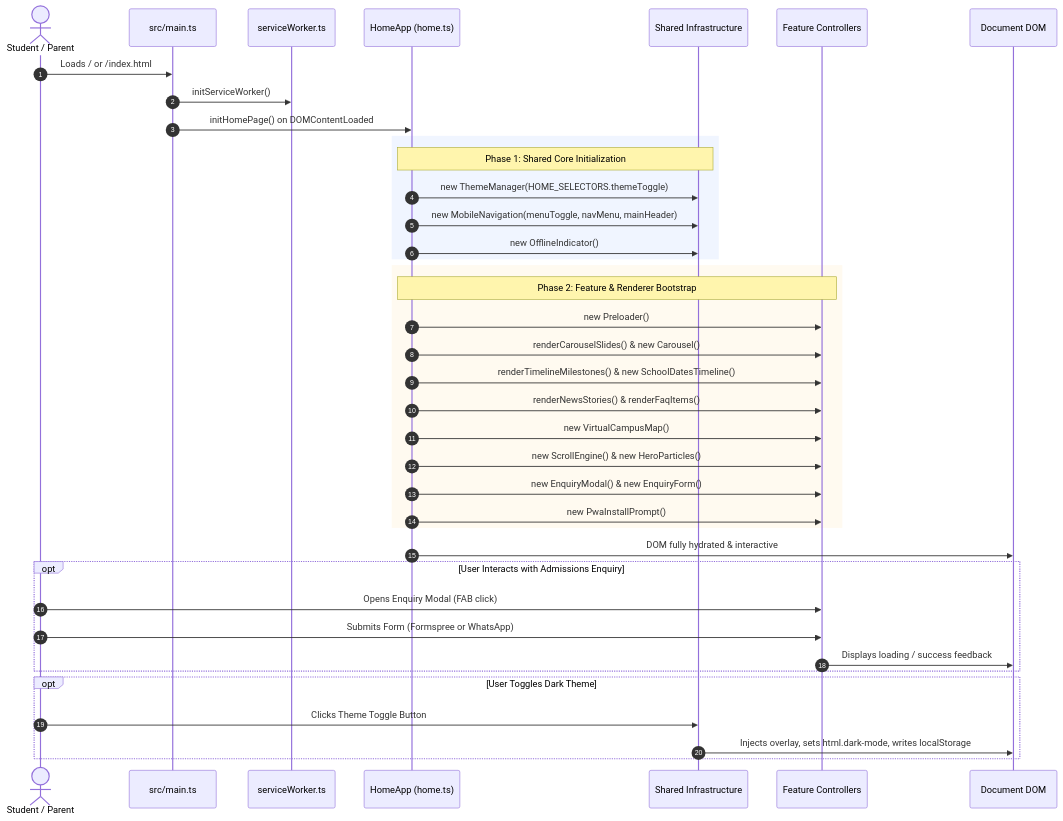
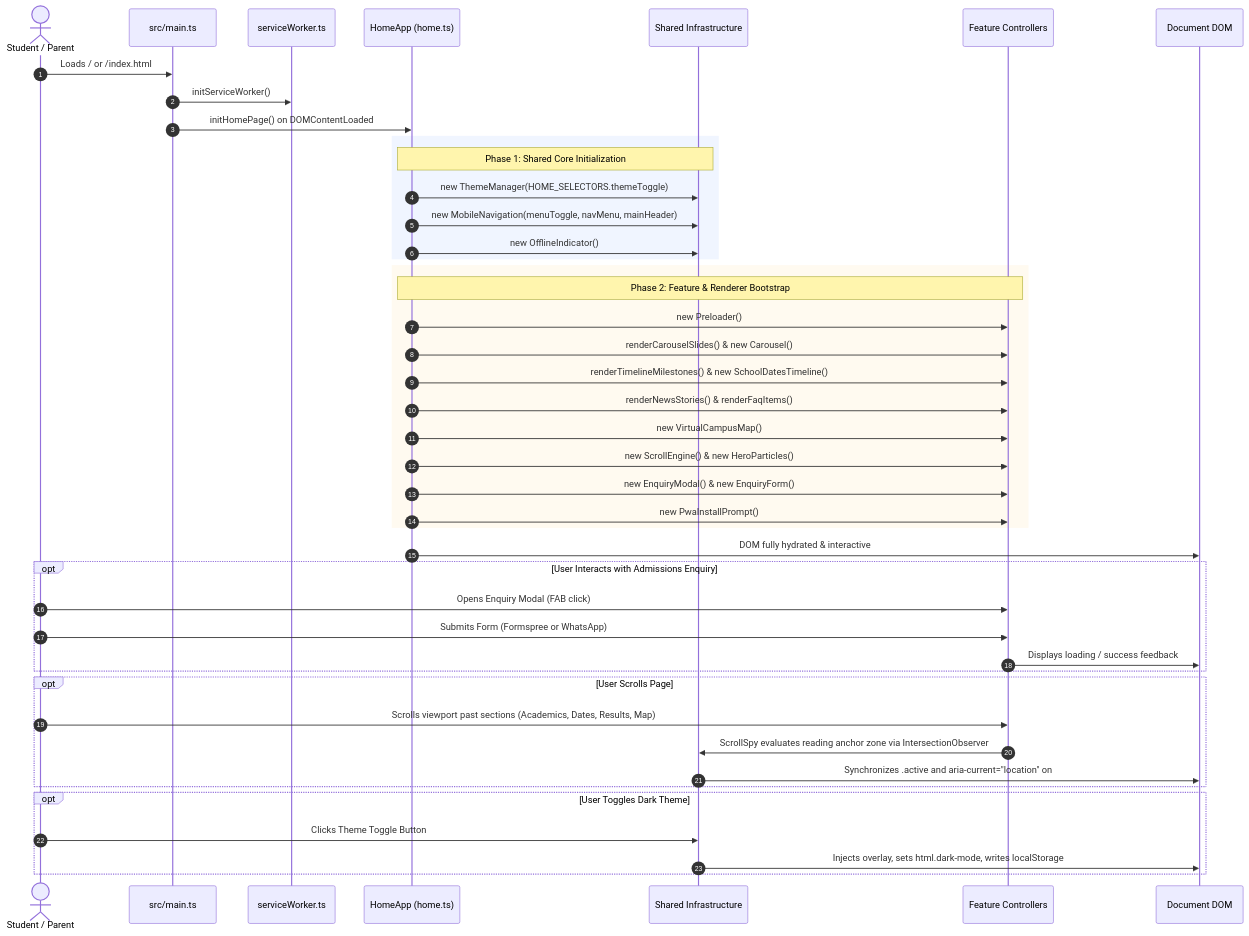
The diagram in docs/diagrams/homepage-flow.mmd (KenneJunior/st-joseph), drawn with Mermaid before and after one commit. The commit also changed 2 other files, not shown here.

Commit message:
docs(diagrams): update application and infrastructure diagrams
Reflect the homepage flow and shared infrastructure additions in the architecture diagrams.

```diff
--- a/docs/diagrams/homepage-flow.mmd
+++ b/docs/diagrams/homepage-flow.mmd
@@ -1,50 +1,56 @@
 %% ============================================================================
 %% SJCCC Homepage Runtime Flow
 %% Illustrates bootstrapping from src/main.ts through HomeApp composition
 %% into interactive feature listeners and background observers.
 %% ============================================================================
 sequenceDiagram
     autonumber
     actor User as Student / Parent
     participant Entry as src/main.ts
     participant SW as serviceWorker.ts
     participant HomeApp as HomeApp (home.ts)
     participant Shared as Shared Infrastructure
     participant Features as Feature Controllers
     participant DOM as Document DOM
 
     User->>Entry: Loads / or /index.html
     Entry->>SW: initServiceWorker()
     Entry->>HomeApp: initHomePage() on DOMContentLoaded
     
     rect rgb(240, 245, 255)
         note over HomeApp,Shared: Phase 1: Shared Core Initialization
         HomeApp->>Shared: new ThemeManager(HOME_SELECTORS.themeToggle)
         HomeApp->>Shared: new MobileNavigation(menuToggle, navMenu, mainHeader)
         HomeApp->>Shared: new OfflineIndicator()
     end
 
     rect rgb(255, 250, 240)
         note over HomeApp,Features: Phase 2: Feature & Renderer Bootstrap
         HomeApp->>Features: new Preloader()
         HomeApp->>Features: renderCarouselSlides() & new Carousel()
         HomeApp->>Features: renderTimelineMilestones() & new SchoolDatesTimeline()
         HomeApp->>Features: renderNewsStories() & renderFaqItems()
         HomeApp->>Features: new VirtualCampusMap()
         HomeApp->>Features: new ScrollEngine() & new HeroParticles()
         HomeApp->>Features: new EnquiryModal() & new EnquiryForm()
         HomeApp->>Features: new PwaInstallPrompt()
     end
 
     HomeApp->>DOM: DOM fully hydrated & interactive
 
     opt User Interacts with Admissions Enquiry
         User->>Features: Opens Enquiry Modal (FAB click)
         User->>Features: Submits Form (Formspree or WhatsApp)
         Features->>DOM: Displays loading / success feedback
     end
 
+    opt User Scrolls Page
+        User->>Features: Scrolls viewport past sections (Academics, Dates, Results, Map)
+        Features->>Shared: ScrollSpy evaluates reading anchor zone via IntersectionObserver
+        Shared->>DOM: Synchronizes .active and aria-current="location" on #navMenu & #mobileBottomBar
+    end
+
     opt User Toggles Dark Theme
         User->>Shared: Clicks Theme Toggle Button
         Shared->>DOM: Injects overlay, sets html.dark-mode, writes localStorage
     end
```
